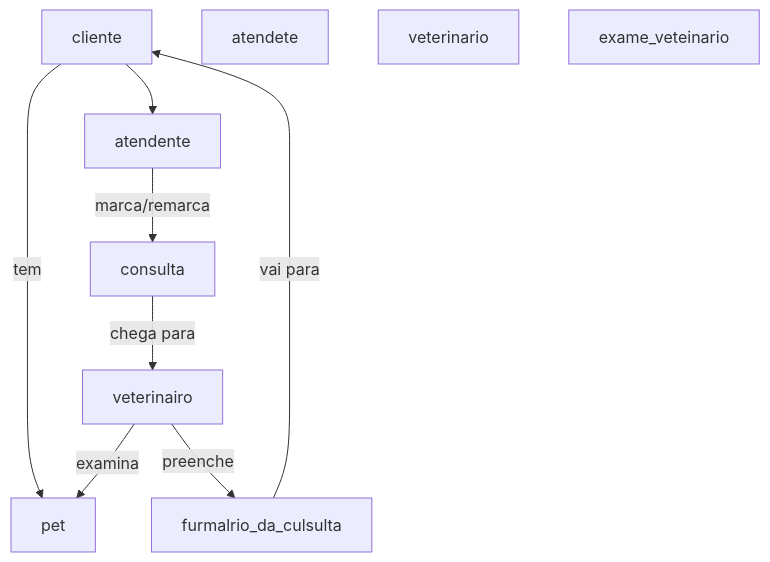
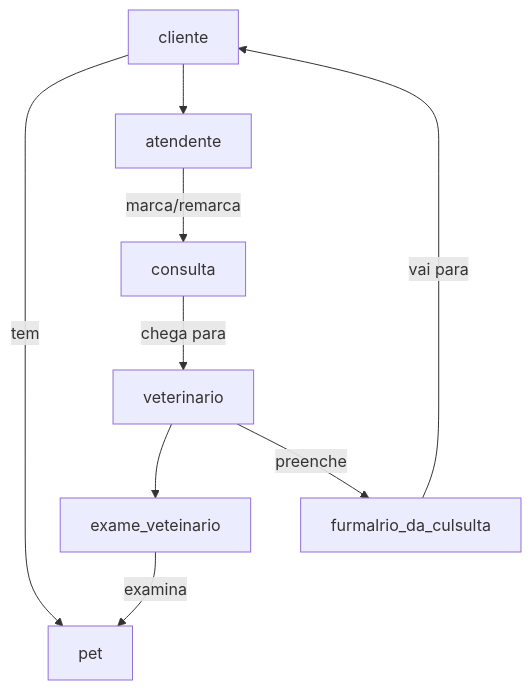
Before and after one commit to Andriel94/Clinica_Veterianaria_Trabalho-engenharia-software-2026: the diagram in README.md, drawn with Mermaid.

Commit message:
Fix spelling errors in flowchart labels

````diff
--- a/README.md
+++ b/README.md
@@ -6,19 +6,19 @@
 ```mermaid
 flowchart TD
 
     cliente["cliente"]
     pet["pet"]
-    atendete["atendete"]
+    atendente["atendente"]
     veterinario["veterinario"]
 
     consulta["consulta"]
     exame_veteinario["exame_veteinario"]
     furmulario_da_culsulta["furmalrio_da_culsulta"]
 
     cliente -- tem --> pet 
     cliente --> atendente -- "marca/remarca" --> consulta
-    consulta -- "chega para" --> veterinairo -- "examina" --> pet
-    veterinairo -- "preenche" --> furmulario_da_culsulta
+    consulta -- "chega para" --> veterinario --> exame_veteinario -- "examina" --> pet
+    veterinario -- "preenche" --> furmulario_da_culsulta
     furmulario_da_culsulta -- "vai para" --> cliente
  
 ```
````
